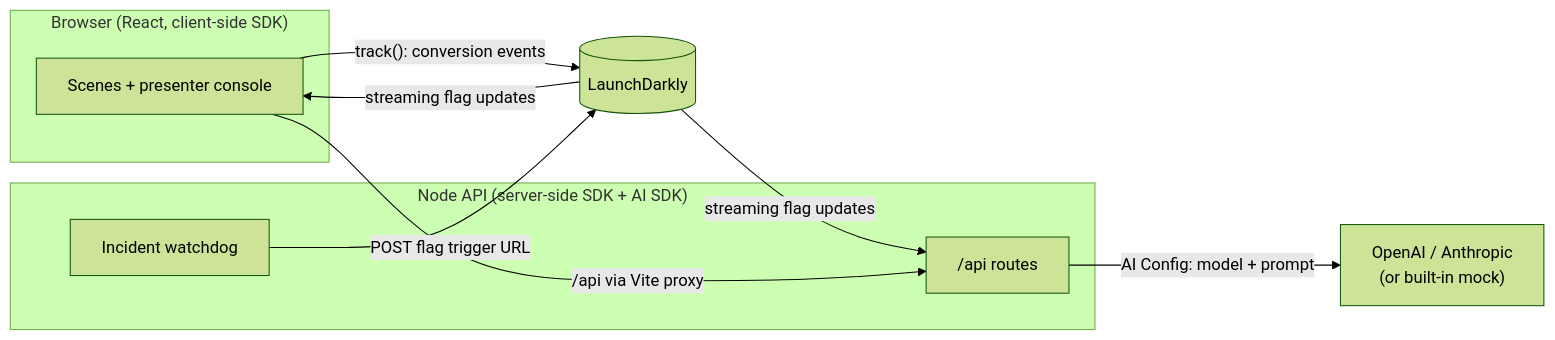
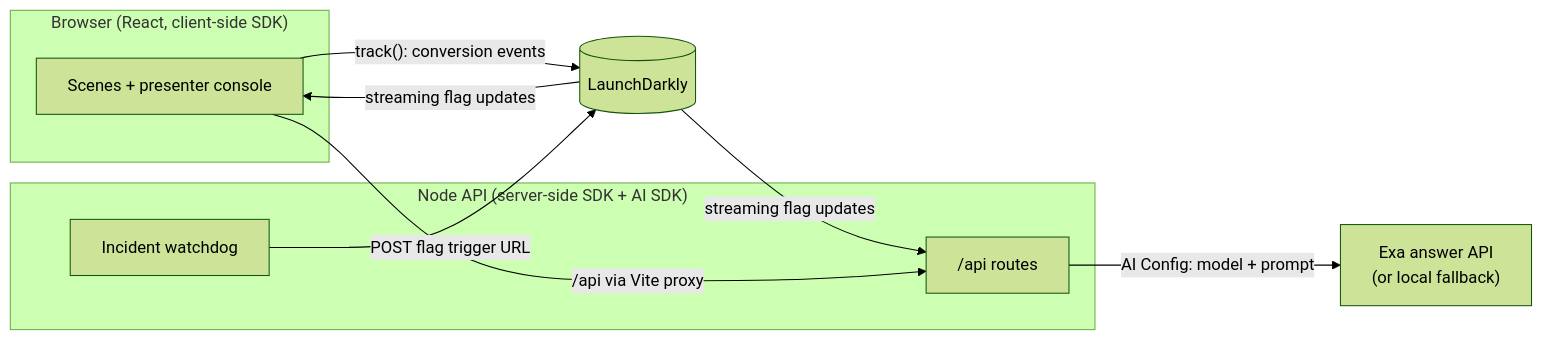
One commit to iamKushagra/freight-demo changed the diagram in README.md. Above: the diagram before and after it, drawn with Mermaid (forest theme). The commit also changed other lines of this file and 18 other files, not shown here.

````diff
--- a/README.md
+++ b/README.md
@@ -52,19 +57,19 @@
 ```mermaid
 flowchart LR
   subgraph Browser["Browser (React, client-side SDK)"]
     UI["Scenes + presenter console"]
   end
   subgraph Server["Node API (server-side SDK + AI SDK)"]
     API["/api routes"]
     WD["Incident watchdog"]
   end
   LD[("LaunchDarkly")]
-  LLM["OpenAI / Anthropic<br/>(or built-in mock)"]
+  LLM["Exa answer API<br/>(or local fallback)"]
 
   LD -- "streaming flag updates" --> UI
   LD -- "streaming flag updates" --> API
   UI -- "/api via Vite proxy" --> API
   UI -- "track(): conversion events" --> LD
   WD -- "POST flag trigger URL" --> LD
   API -- "AI Config: model + prompt" --> LLM
 ```
````
